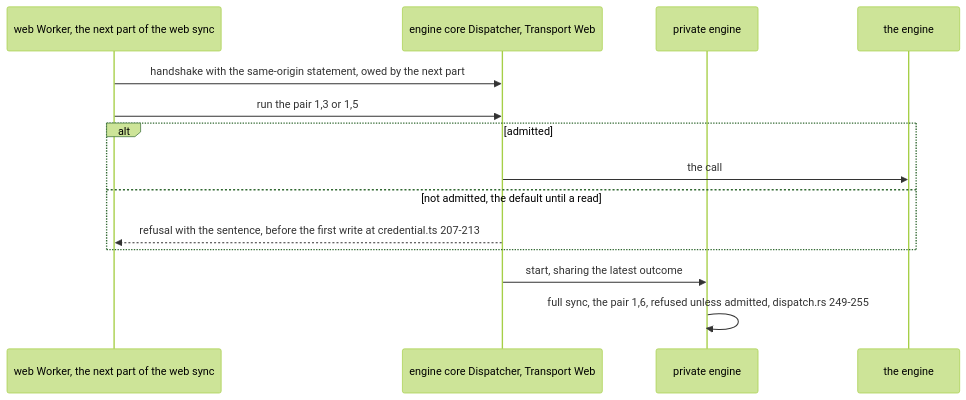
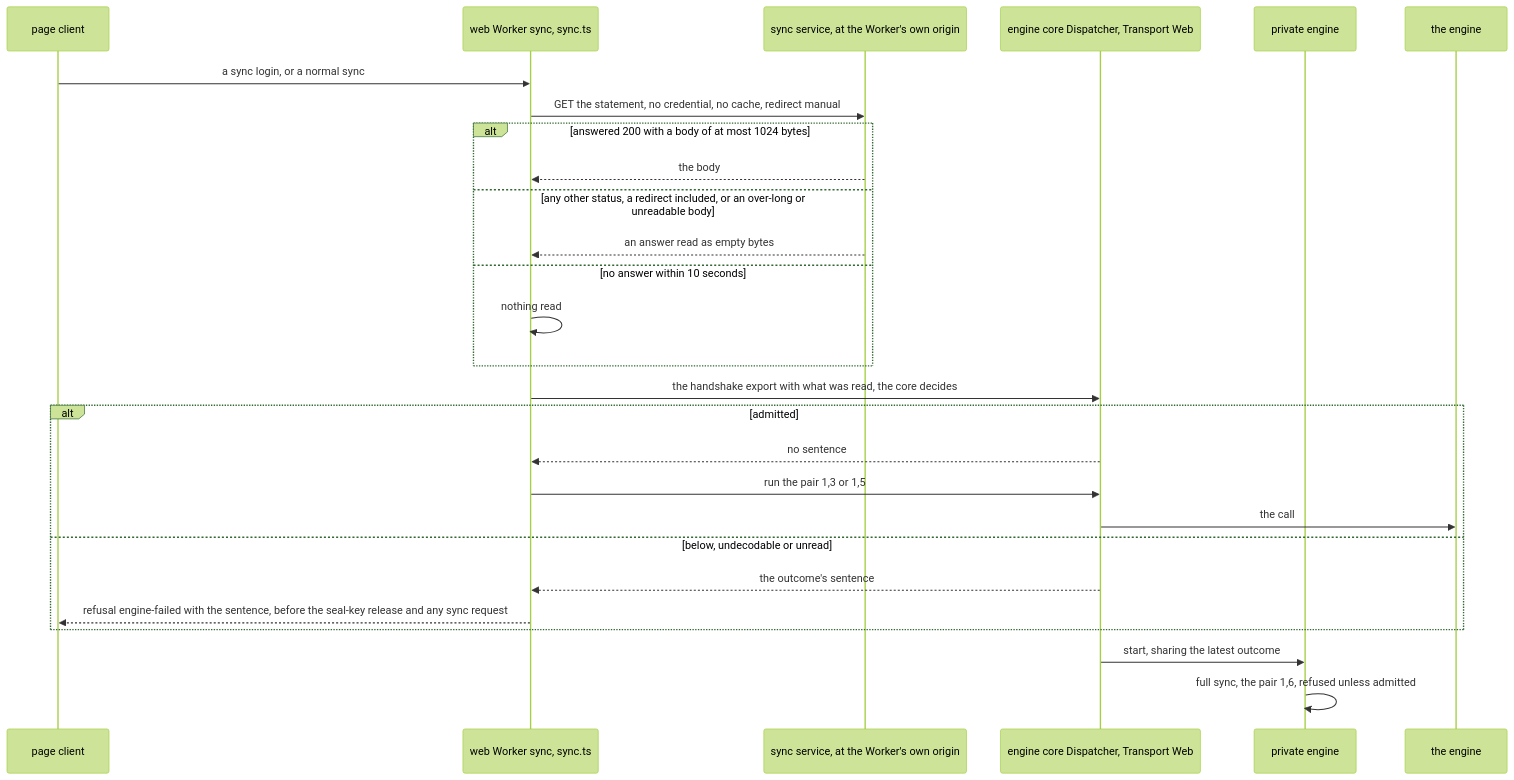
The third of 4 diagrams in docs/schematics/minimum-client-handshake-and-re-release-check.md (RexRenatus/deck-streak), drawn with Mermaid (forest theme) before and after one commit. The commit also changed other lines of this file and 3 other files, not shown here.

Commit message:
docs(sync): the Worker reads the minimum-client statement (SPEC-374)

````diff
--- a/docs/schematics/minimum-client-handshake-and-re-release-check.md
+++ b/docs/schematics/minimum-client-handshake-and-re-release-check.md
@@ -61,16 +61,29 @@
 ```mermaid
 sequenceDiagram
-    participant Worker as web Worker, the next part of the web sync
+    participant Page as page client
+    participant Worker as web Worker sync, sync.ts
+    participant Service as sync service, at the Worker's own origin
     participant Core as engine core Dispatcher, Transport Web
     participant Private as private engine
     participant Engine as the engine
-    Worker->>Core: handshake with the same-origin statement, owed by the next part
-    Worker->>Core: run the pair 1,3 or 1,5
+    Page->>Worker: a sync login, or a normal sync
+    Worker->>Service: GET the statement, no credential, no cache, redirect manual
+    alt answered 200 with a body of at most 1024 bytes
+        Service-->>Worker: the body
+    else any other status, a redirect included, or an over-long or unreadable body
+        Service-->>Worker: an answer read as empty bytes
+    else no answer within 10 seconds
+        Worker->>Worker: nothing read
+    end
+    Worker->>Core: the handshake export with what was read, the core decides
     alt admitted
+        Core-->>Worker: no sentence
+        Worker->>Core: run the pair 1,3 or 1,5
         Core->>Engine: the call
-    else not admitted, the default until a read
-        Core-->>Worker: refusal with the sentence, before the first write at credential.ts 207-213
+    else below, undecodable or unread
+        Core-->>Worker: the outcome's sentence
+        Worker-->>Page: refusal engine-failed with the sentence, before the seal-key release and any sync request
     end
     Core->>Private: start, sharing the latest outcome
-    Private->>Private: full sync, the pair 1,6, refused unless admitted, dispatch.rs 249-255
+    Private->>Private: full sync, the pair 1,6, refused unless admitted
 ```
````
